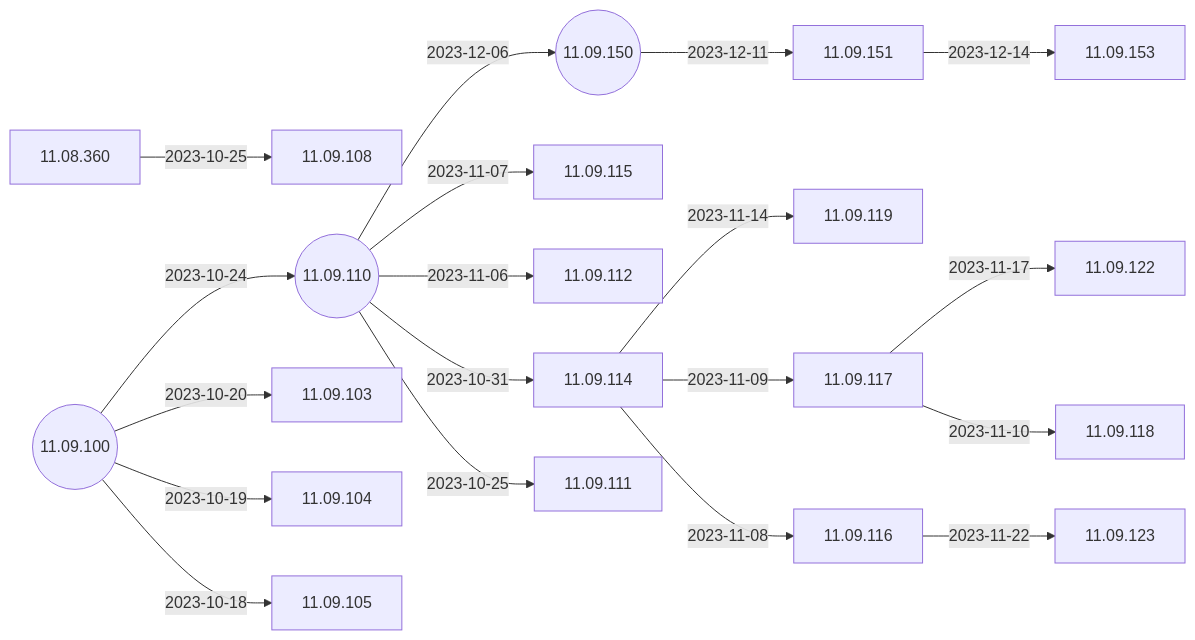
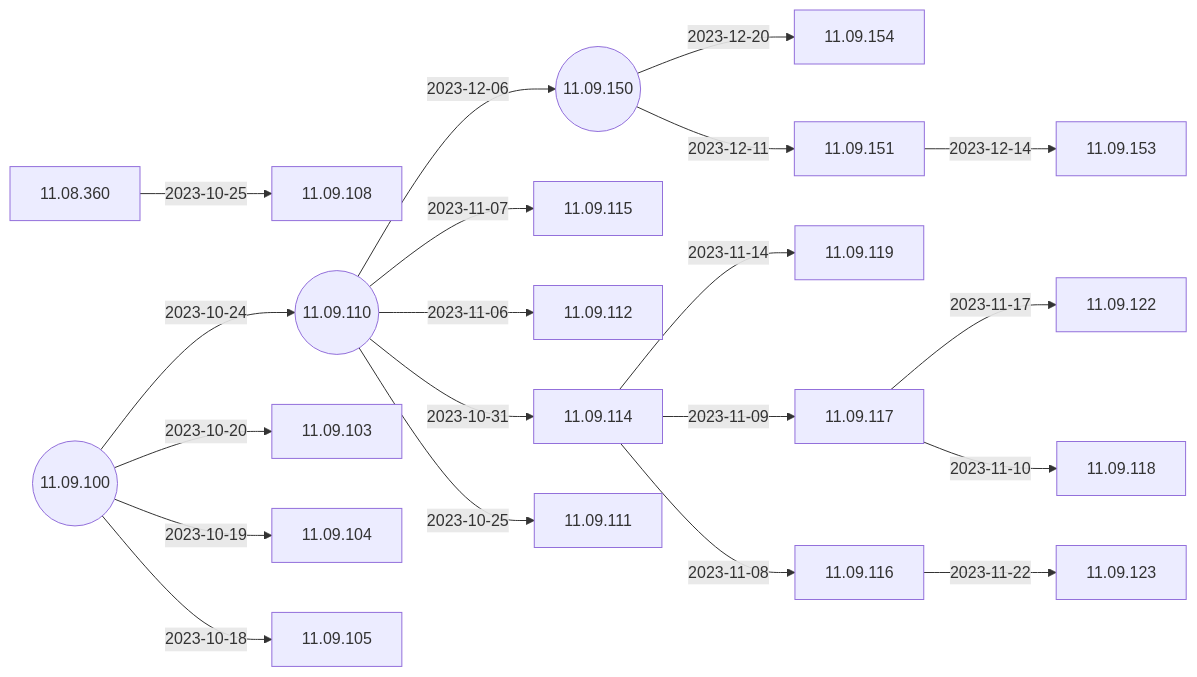
Before and after one commit to IGEL-Community/IGEL-Docs-v02: the second of 5 diagrams in docs/Docs/ReleaseNotes/01-OS11/README.md, drawn with Mermaid. The commit also changed 2 other files, not shown here.

Commit message:
11.09.154 < 11.09.150

````diff
--- a/docs/Docs/ReleaseNotes/01-OS11/README.md
+++ b/docs/Docs/ReleaseNotes/01-OS11/README.md
@@ -41,41 +41,43 @@
 ```mermaid
 flowchart LR
+    11.09.150-- 2023-12-20 -->11.09.154
     11.09.151-- 2023-12-14 -->11.09.153
     11.09.150-- 2023-12-11 -->11.09.151
     11.09.110-- 2023-12-06 -->11.09.150((11.09.150))
     11.09.116-- 2023-11-22 -->11.09.123
     11.09.117-- 2023-11-17 -->11.09.122
     11.09.114-- 2023-11-14 -->11.09.119
     11.09.117-- 2023-11-10 -->11.09.118
     11.09.114-- 2023-11-09 -->11.09.117
     11.09.114-- 2023-11-08 -->11.09.116
     11.09.110-- 2023-11-07 -->11.09.115
     11.09.110-- 2023-11-06 -->11.09.112
     11.09.110-- 2023-10-31 -->11.09.114
     11.08.360-- 2023-10-25 -->11.09.108
     11.09.110-- 2023-10-25 -->11.09.111
     11.09.100-- 2023-10-24 -->11.09.110((11.09.110))
     11.09.100-- 2023-10-20 -->11.09.103
     11.09.100-- 2023-10-19 -->11.09.104
     11.09.100-- 2023-10-18 -->11.09.105
     11.09.100((11.09.100))
+    click 11.09.154 "https://github.com/IGEL-Community/IGEL-Docs-v02/tree/main/docs/Docs/ReleaseNotes/01-OS11/readme11.09.154.txt" _blank
     click 11.09.153 "https://github.com/IGEL-Community/IGEL-Docs-v02/tree/main/docs/Docs/ReleaseNotes/01-OS11/readme11.09.153.txt" _blank
     click 11.09.151 "https://github.com/IGEL-Community/IGEL-Docs-v02/tree/main/docs/Docs/ReleaseNotes/01-OS11/readme11.09.151.txt" _blank
     click 11.09.150 "https://github.com/IGEL-Community/IGEL-Docs-v02/tree/main/docs/Docs/ReleaseNotes/01-OS11/readme11.09.150.txt" _blank
     click 11.09.123 "https://github.com/IGEL-Community/IGEL-Docs-v02/tree/main/docs/Docs/ReleaseNotes/01-OS11/readme11.09.123.txt" _blank
     click 11.09.122 "https://github.com/IGEL-Community/IGEL-Docs-v02/tree/main/docs/Docs/ReleaseNotes/01-OS11/readme11.09.122.txt" _blank
     click 11.09.119 "https://github.com/IGEL-Community/IGEL-Docs-v02/tree/main/docs/Docs/ReleaseNotes/01-OS11/readme11.09.119.txt" _blank
     click 11.09.118 "https://github.com/IGEL-Community/IGEL-Docs-v02/tree/main/docs/Docs/ReleaseNotes/01-OS11/readme11.09.118.txt" _blank
     click 11.09.117 "https://github.com/IGEL-Community/IGEL-Docs-v02/tree/main/docs/Docs/ReleaseNotes/01-OS11/readme11.09.117.txt" _blank
     click 11.09.116 "https://github.com/IGEL-Community/IGEL-Docs-v02/tree/main/docs/Docs/ReleaseNotes/01-OS11/readme11.09.116.txt" _blank
     click 11.09.115 "https://github.com/IGEL-Community/IGEL-Docs-v02/tree/main/docs/Docs/ReleaseNotes/01-OS11/readme11.09.115.txt" _blank
     click 11.09.112 "https://github.com/IGEL-Community/IGEL-Docs-v02/tree/main/docs/Docs/ReleaseNotes/01-OS11/readme11.09.112.txt" _blank
     click 11.09.114 "https://github.com/IGEL-Community/IGEL-Docs-v02/tree/main/docs/Docs/ReleaseNotes/01-OS11/readme11.09.114.txt" _blank
     click 11.09.108 "https://github.com/IGEL-Community/IGEL-Docs-v02/tree/main/docs/Docs/ReleaseNotes/01-OS11/readme11.09.108.txt" _blank
     click 11.09.111 "https://github.com/IGEL-Community/IGEL-Docs-v02/tree/main/docs/Docs/ReleaseNotes/01-OS11/readme11.09.111.txt" _blank
     click 11.09.110 "https://github.com/IGEL-Community/IGEL-Docs-v02/tree/main/docs/Docs/ReleaseNotes/01-OS11/readme11.09.110.txt" _blank
     click 11.09.103 "https://github.com/IGEL-Community/IGEL-Docs-v02/tree/main/docs/Docs/ReleaseNotes/01-OS11/readme11.09.103.txt" _blank
     click 11.09.104 "https://github.com/IGEL-Community/IGEL-Docs-v02/tree/main/docs/Docs/ReleaseNotes/01-OS11/readme11.09.104.txt" _blank
     click 11.09.105 "https://github.com/IGEL-Community/IGEL-Docs-v02/tree/main/docs/Docs/ReleaseNotes/01-OS11/readme11.09.105.txt" _blank
     click 11.09.100 "https://github.com/IGEL-Community/IGEL-Docs-v02/tree/main/docs/Docs/ReleaseNotes/01-OS11/readme11.09.100.txt" _blank
 ```
````
